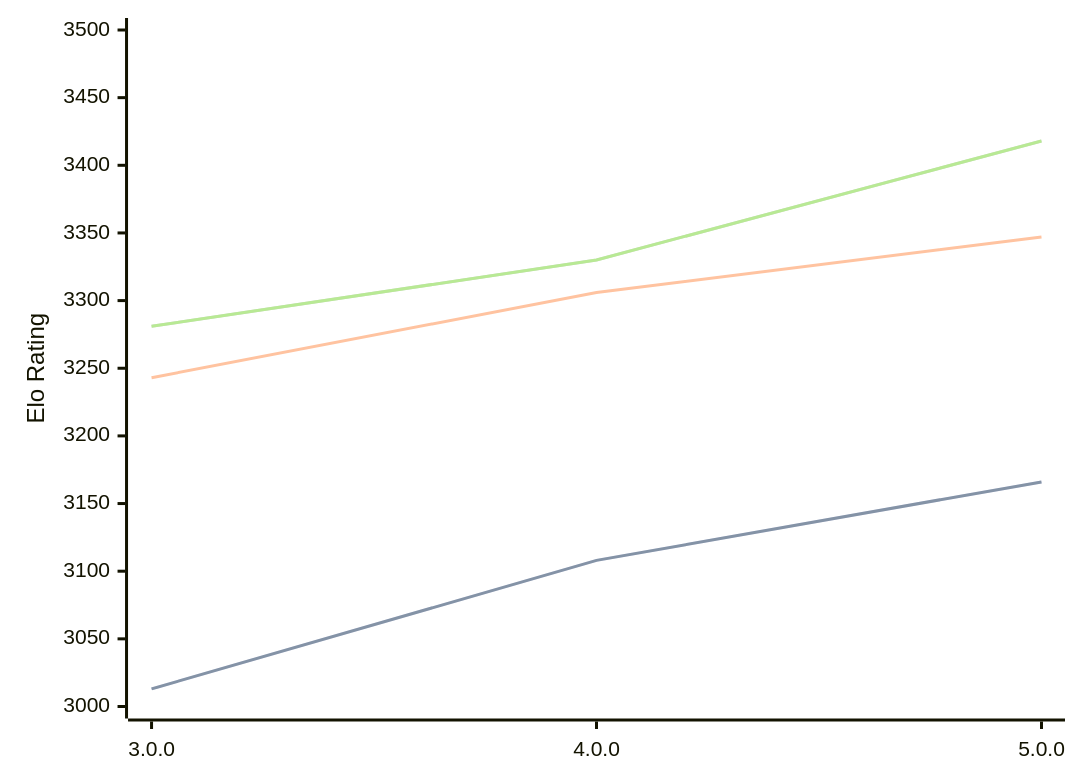
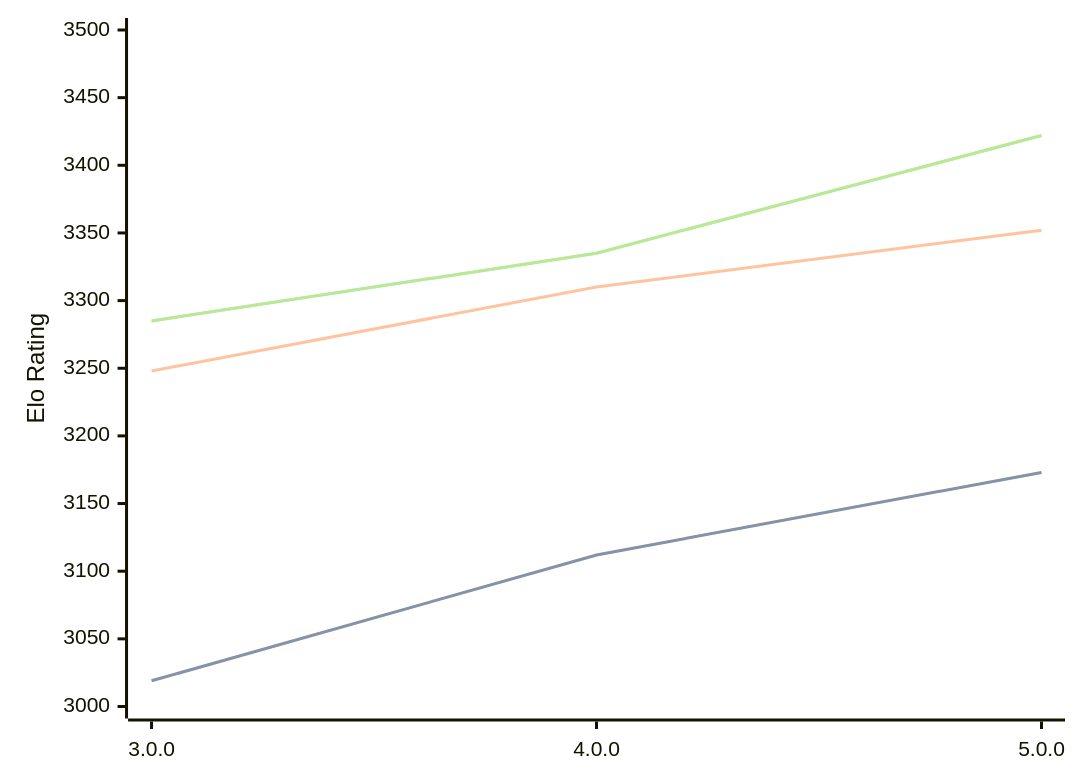
Before and after one commit to computer-chess-index/cci: the diagram in engines/Minke.md, drawn with Mermaid. The commit also changed other lines of this file, not shown here.

Commit message:
Update CCI Ratings (ELO VLTC) - 2026-04-18

````diff
--- a/engines/Minke.md
+++ b/engines/Minke.md
@@ -35,11 +35,11 @@
 ```mermaid
 %%{init: {"theme":"base","themeVariables":{"seriesColors:['#a3a3a3','#222221','#faa371']}}}%%
 xychart-beta
   x-axis ["3.0.0", "4.0.0", "5.0.0"]
   y-axis "Elo Rating" 3000 --> 3500
-  line "STC (8.0+0.08s)" [3013, 3108, 3166]
-  line "STC (8.0+0.08s)" [3013, 3108, 3166]
-  line "LTC (60.0+0.60s)" [3243, 3306, 3347]
-  line "VLTC (2m24s+1.12s)" [3281, 3330, 3418]
-  line "VLTC (2m24s+1.12s)" [3281, 3330, 3418]
+  line "STC (8.0+0.08s)" [3019, 3112, 3173]
+  line "STC (8.0+0.08s)" [3019, 3112, 3173]
+  line "LTC (60.0+0.60s)" [3248, 3310, 3352]
+  line "VLTC (2m24s+1.12s)" [3285, 3335, 3422]
+  line "VLTC (2m24s+1.12s)" [3285, 3335, 3422]
 ```
````
